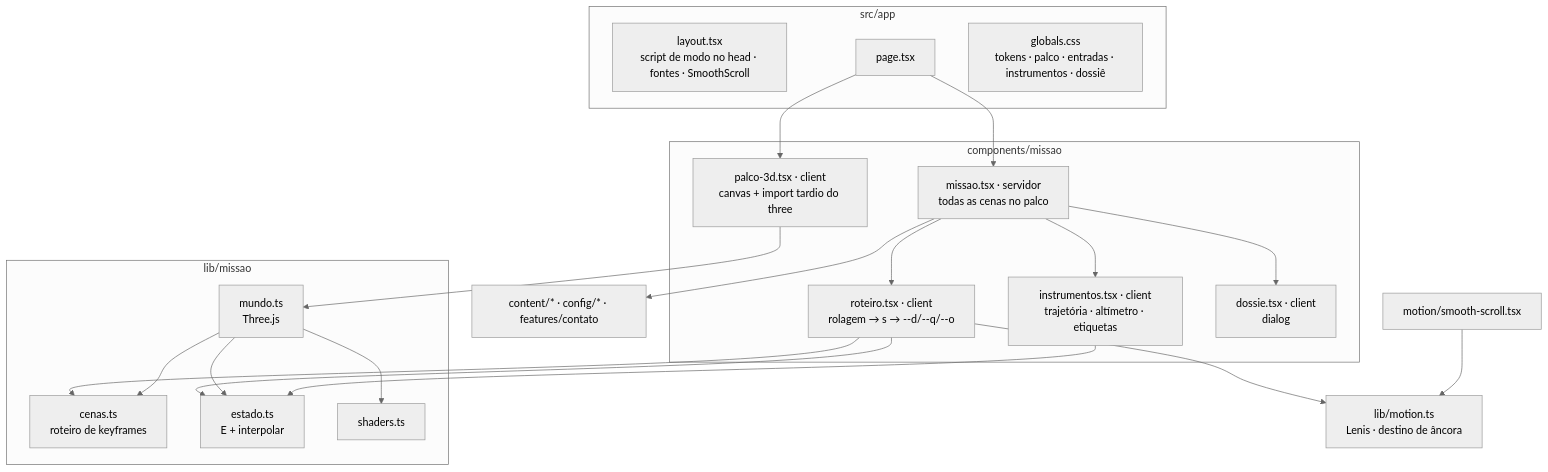
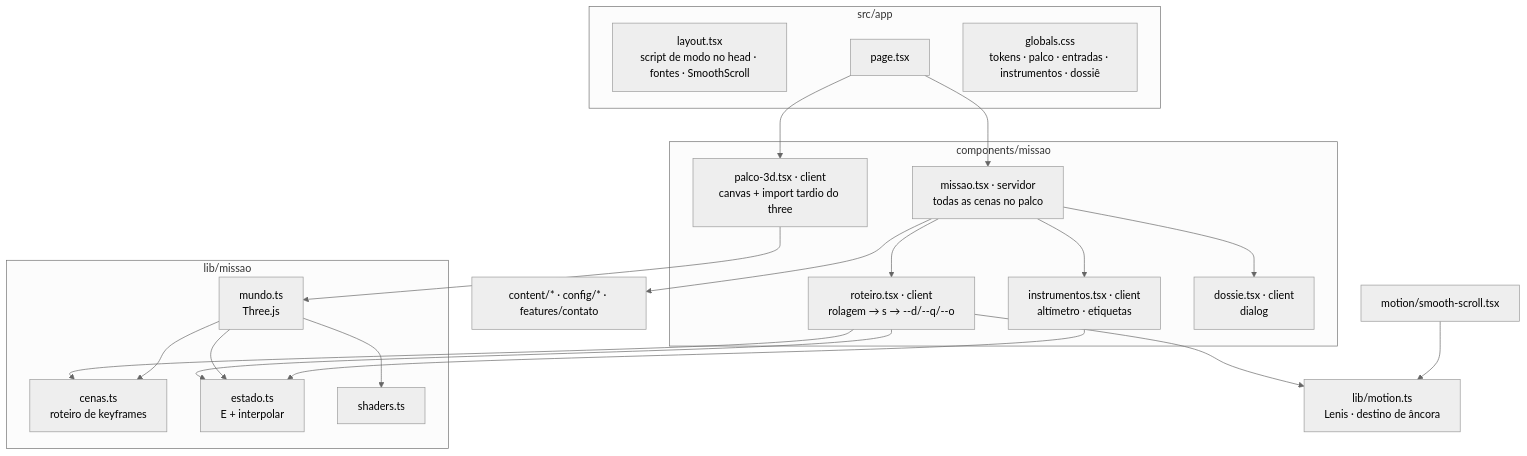
The diagram in docs/CODEBASE_MAP.md (SamuelcCouto/detera-premium), drawn with Mermaid (neutral theme) before and after one commit. The commit also changed other lines of this file and 19 other files, not shown here.

````diff
--- a/docs/CODEBASE_MAP.md
+++ b/docs/CODEBASE_MAP.md
@@ -17,33 +17,33 @@
 ```mermaid
 graph TB
     subgraph App["src/app"]
         Layout[layout.tsx<br/>script de modo no head · fontes · SmoothScroll]
         Page[page.tsx]
         CSS[globals.css<br/>tokens · palco · entradas · instrumentos · dossiê]
     end
     subgraph Missao["components/missao"]
         MissaoC[missao.tsx · servidor<br/>todas as cenas no palco]
         Palco[palco-3d.tsx · client<br/>canvas + import tardio do three]
         Roteiro[roteiro.tsx · client<br/>rolagem → s → --d/--q/--o]
-        Instr[instrumentos.tsx · client<br/>trajetória · altímetro · etiquetas]
+        Instr[instrumentos.tsx · client<br/>altímetro · etiquetas]
         Dossie[dossie.tsx · client<br/>dialog]
     end
     subgraph Lib["lib/missao"]
         Cenas[cenas.ts<br/>roteiro de keyframes]
         Estado[estado.ts<br/>E + interpolar]
         Mundo[mundo.ts<br/>Three.js]
         Shaders[shaders.ts]
     end
     Motion[lib/motion.ts<br/>Lenis · destino de âncora]
     Smooth[motion/smooth-scroll.tsx]
     Dados[content/* · config/* · features/contato]
 
     Page --> Palco & MissaoC
     MissaoC --> Roteiro & Instr & Dossie
     Roteiro --> Cenas & Estado & Motion
     Palco --> Mundo
     Mundo --> Cenas & Estado & Shaders
     Instr --> Estado
     Smooth --> Motion
     MissaoC --> Dados
 ```
````
